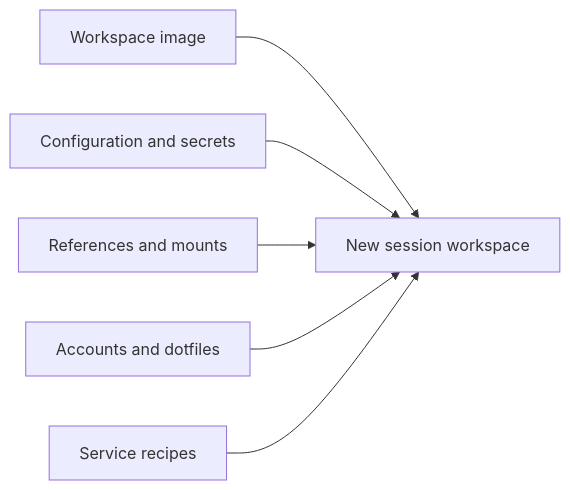
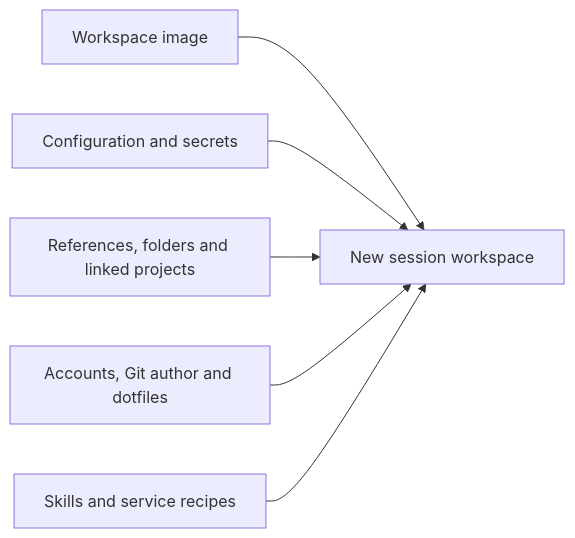
Before and after one commit to sealant-sh/mend: the diagram in apps/docs/src/content/docs/guides/project-environment.md, drawn with Mermaid. The commit also changed other lines of this file and 19 other files, not shown here.

````diff
--- a/apps/docs/src/content/docs/guides/project-environment.md
+++ b/apps/docs/src/content/docs/guides/project-environment.md
@@ -14,15 +15,15 @@
 ```mermaid
 flowchart LR
   image[Workspace image]
   env[Configuration and secrets]
-  refs[References and mounts]
-  identity[Accounts and dotfiles]
-  recipes[Service recipes]
+  refs[References, folders and linked projects]
+  identity[Accounts, Git author and dotfiles]
+  recipes[Skills and service recipes]
   launch[New session workspace]
 
   image --> launch
   env --> launch
   refs --> launch
   identity --> launch
   recipes --> launch
 ```
````
